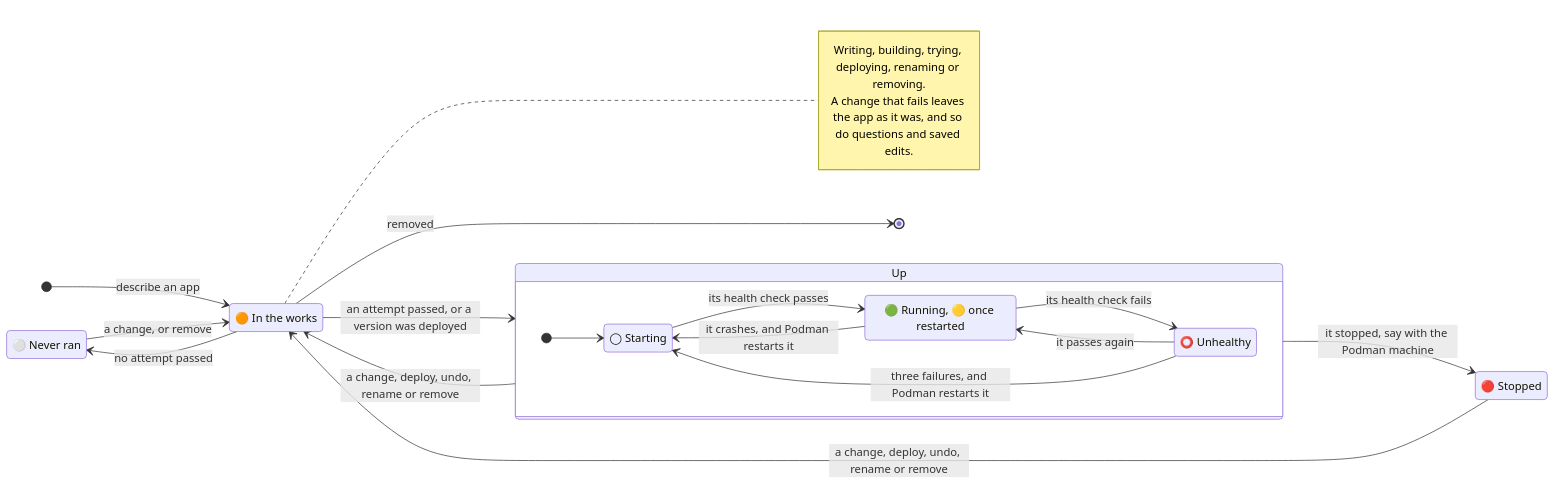
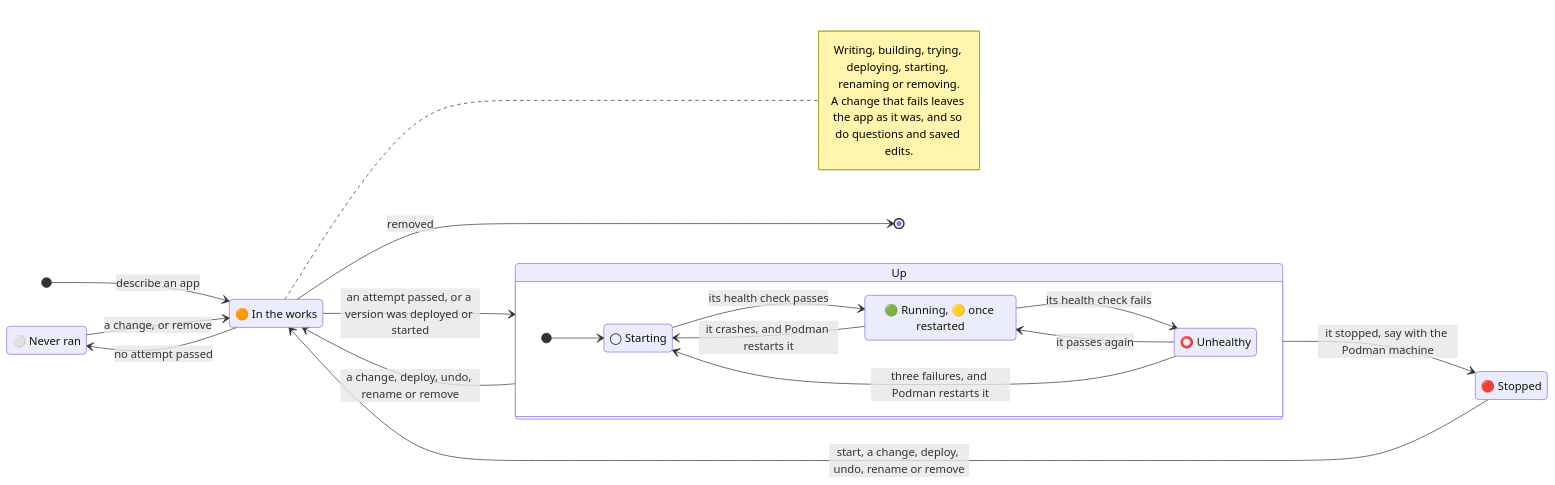
One commit to JGalego/mayfly changed the third of 4 diagrams in README.md. Above: the diagram before and after it, drawn with Mermaid. The commit also changed other lines of this file and 10 other files, not shown here.

Commit message:
feat: start a stopped app again from its header or with /start

````diff
--- a/README.md
+++ b/README.md
@@ -119,32 +119,32 @@
 ```mermaid
 stateDiagram-v2
   direction LR
   state "⚪ Never ran" as never
   state "🟠 In the works" as working
   state "🔴 Stopped" as stopped
   state "Up" as up {
     direction LR
     state "◯ Starting" as starting
     state "🟢 Running, 🟡 once restarted" as running
     state "⭕ Unhealthy" as unhealthy
     [*] --> starting
     starting --> running: its health check passes
     running --> unhealthy: its health check fails
     unhealthy --> running: it passes again
     unhealthy --> starting: three failures, and Podman restarts it
     running --> starting: it crashes, and Podman restarts it
   }
 
   [*] --> working: describe an app
   working --> never: no attempt passed
-  working --> up: an attempt passed, or a version was deployed
+  working --> up: an attempt passed, or a version was deployed or started
   working --> [*]: removed
   never --> working: a change, or remove
   up --> working: a change, deploy, undo, rename or remove
   up --> stopped: it stopped, say with the Podman machine
-  stopped --> working: a change, deploy, undo, rename or remove
+  stopped --> working: start, a change, deploy, undo, rename or remove
   note right of working
-    Writing, building, trying, deploying, renaming or removing.
+    Writing, building, trying, deploying, starting, renaming or removing.
     A change that fails leaves the app as it was, and so do questions and saved edits.
   end note
 ```
````
